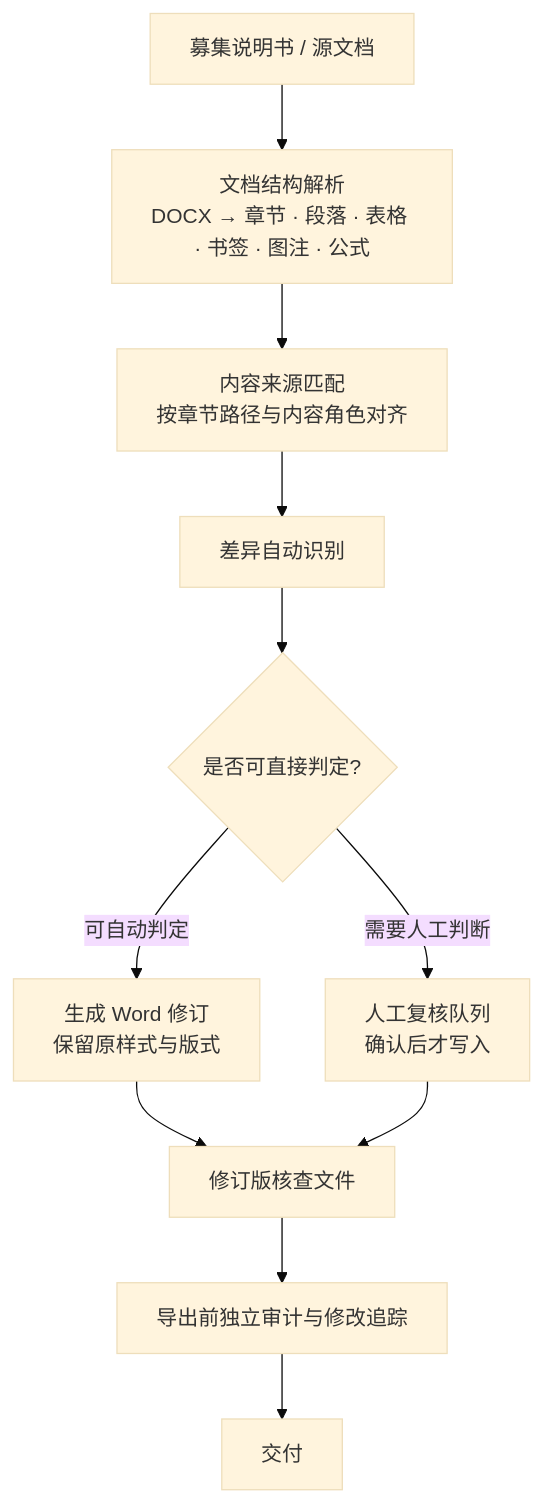
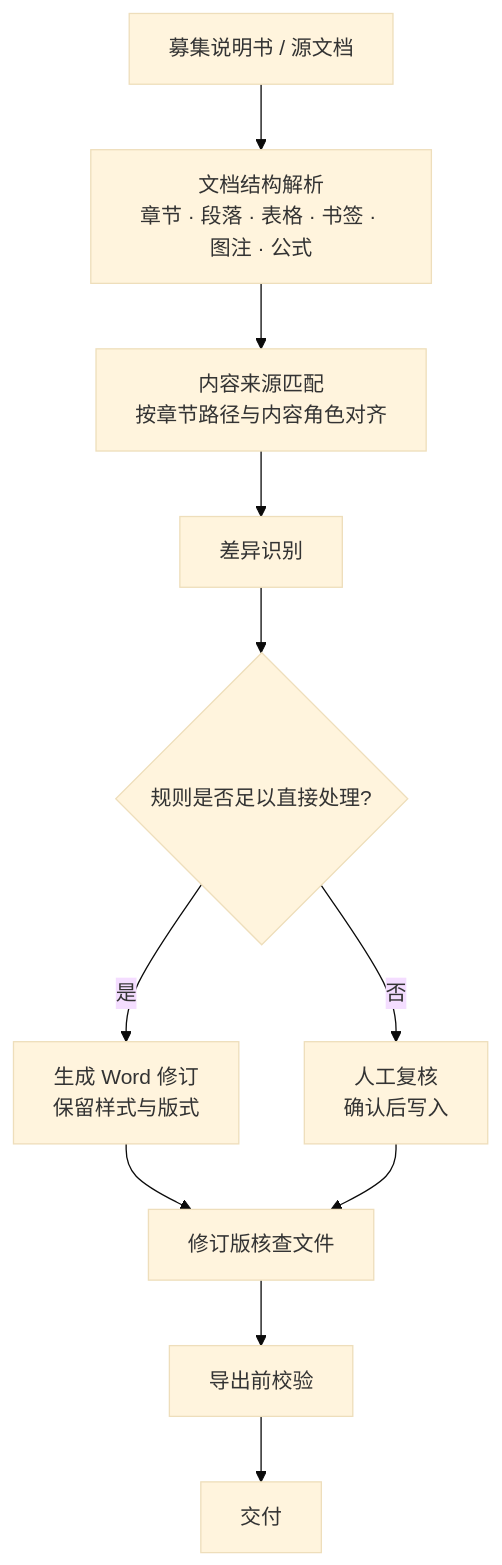
The diagram in README.md (Simple-StayHungry/document-review-workbench), drawn with Mermaid (base theme) before and after one commit. The commit also changed other lines of this file, not shown here.

````diff
--- a/README.md
+++ b/README.md
@@ -34,13 +27,13 @@
 ```mermaid
 flowchart TD
-    A["募集说明书 / 源文档"] --> B["文档结构解析<br/>DOCX → 章节 · 段落 · 表格 · 书签 · 图注 · 公式"]
+    A["募集说明书 / 源文档"] --> B["文档结构解析<br/>章节 · 段落 · 表格 · 书签 · 图注 · 公式"]
     B --> C["内容来源匹配<br/>按章节路径与内容角色对齐"]
-    C --> D["差异自动识别"]
-    D --> E{"是否可直接判定?"}
-    E -- "可自动判定" --> F["生成 Word 修订<br/>保留原样式与版式"]
-    E -- "需要人工判断" --> G["人工复核队列<br/>确认后才写入"]
+    C --> D["差异识别"]
+    D --> E{"规则是否足以直接处理?"}
+    E -- "是" --> F["生成 Word 修订<br/>保留样式与版式"]
+    E -- "否" --> G["人工复核<br/>确认后写入"]
     F --> H["修订版核查文件"]
     G --> H
-    H --> I["导出前独立审计与修改追踪"]
+    H --> I["导出前校验"]
     I --> J["交付"]
 ```
````
